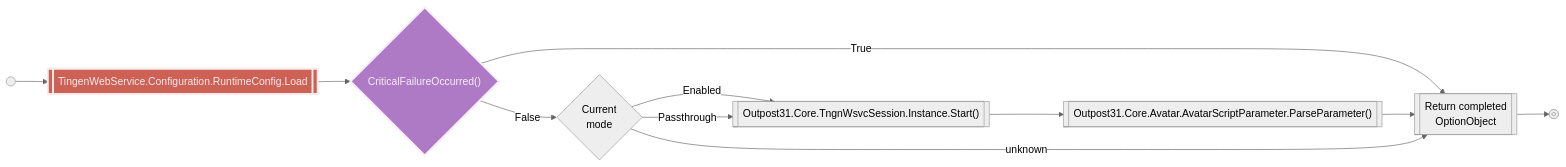
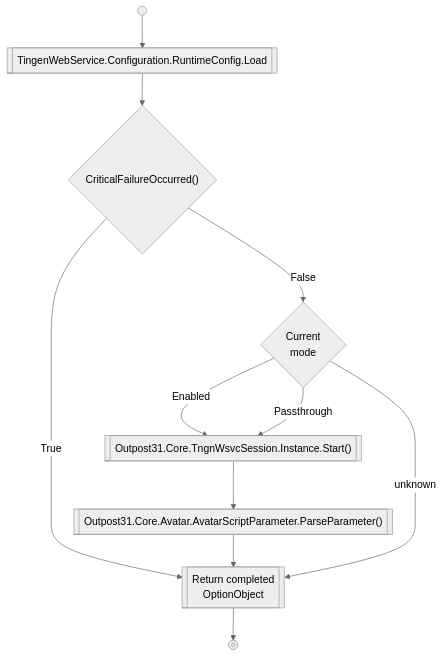
One commit to spectrum-health-systems/tingen-documentation changed the second of 2 diagrams in static/workflow/tngnwsvc-asmx.md. Above: the diagram before and after it, drawn with Mermaid (neutral theme). The commit also changed other lines of this file, not shown here.

````diff
--- a/static/workflow/tngnwsvc-asmx.md
+++ b/static/workflow/tngnwsvc-asmx.md
@@ -33,27 +27,23 @@
 ```mermaid
-flowchart LR
+flowchart TB
     %% Components
     Start@{shape: sm-circ, label: "Start"}
     RuntimeConfig.Load@{shape: fr-rect, label: "TingenWebService.Configuration.RuntimeConfig.Load"}
     CriticalFailureOccurred@{shape: diam, label: "CriticalFailureOccurred()"}
     CurrentMode@{shape: diam, label: "Current\nmode"}
     Instance.Start@{shape: fr-rect, label: "Outpost31.Core.TngnWsvcSession.Instance.Start()"}
     ParseParameter@{shape: fr-rect, label: "Outpost31.Core.Avatar.AvatarScriptParameter.ParseParameter()"}
     ReturnOptionObject@{shape: fr-rect, label: "Return completed\nOptionObject"}
     Stop@{shape: fr-circ, label: "Release"}
     %% Layout
-    Start --> RuntimeConfig.Load:::R2_ --> CriticalFailureOccurred:::P2_
+    Start --> RuntimeConfig.Load --> CriticalFailureOccurred
     CriticalFailureOccurred --True--> ReturnOptionObject
     CriticalFailureOccurred --False--> CurrentMode
-    CurrentMode:::G8
     CurrentMode --Enabled--> Instance.Start
     CurrentMode --Passthrough--> Instance.Start
     Instance.Start --> ParseParameter
     ParseParameter --> ReturnOptionObject
     CurrentMode --unknown --> ReturnOptionObject
     ReturnOptionObject -->  Stop
     %% Styles
-    classDef R2_ stroke:#f9ebea,stroke-width:3px,fill:#CD6155,color:#f9ebea
-    classDef P2_ stroke:#f5eef8,stroke-width:3px,fill:#af7ac5,color:#f5eef8
-    classDef G8_ stroke:#145a32,stroke-width:3px,fill:#1d8348,color:#e9f7ef
 ```
````
